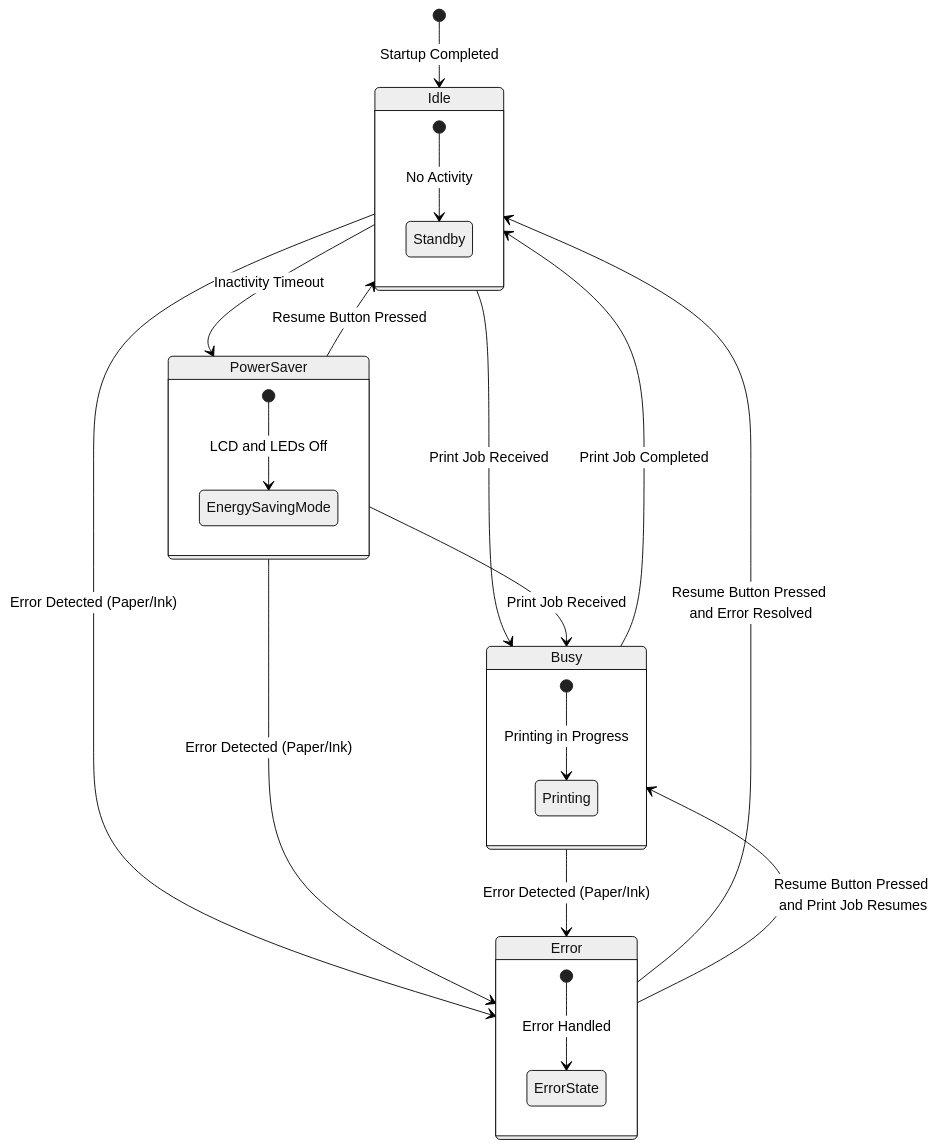
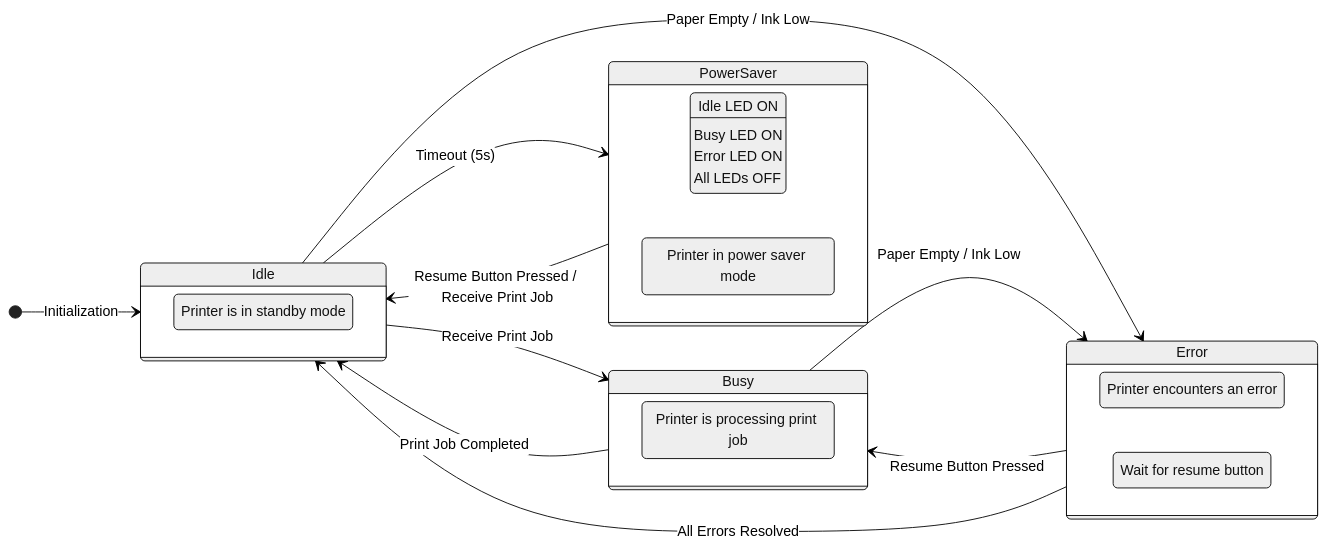
Before and after one commit to endangrusiana123/SistemTertanamLanjut: the diagram in Flowchart_FSM/FSM.mmd, drawn with Mermaid (neutral theme).

```diff
--- a/Flowchart_FSM/FSM.mmd
+++ b/Flowchart_FSM/FSM.mmd
@@ -1,28 +1,36 @@
 stateDiagram-v2
-    [*] --> Idle: Startup Completed
-    Idle --> PowerSaver: Inactivity Timeout
-    Idle --> Busy: Print Job Received
-    Idle --> Error: Error Detected (Paper/Ink)
+    direction LR
+    [*] --> Idle : Initialization
+    Idle --> Busy : Receive Print Job
+    Idle --> PowerSaver : Timeout (5s)
+    Idle --> Error : Paper Empty / Ink Low
 
-    PowerSaver --> Idle: Resume Button Pressed
-    PowerSaver --> Busy: Print Job Received
-    PowerSaver --> Error: Error Detected (Paper/Ink)
+    Busy --> Error : Paper Empty / Ink Low
+    Busy --> Idle : Print Job Completed
 
-    Busy --> Idle: Print Job Completed
-    Busy --> Error: Error Detected (Paper/Ink)
+    Error --> Busy : Resume Button Pressed
+    Error --> Idle : All Errors Resolved
 
-    Error --> Idle: Resume Button Pressed and Error Resolved
-    Error --> Busy: Resume Button Pressed and Print Job Resumes
+    PowerSaver --> Idle : Resume Button Pressed / Receive Print Job
 
     state Idle {
-        [*] --> Standby: No Activity
+        direction LR
+        IDLE_STATE: Printer is in standby mode
+        LED: Idle LED ON
+    }
+    state Busy {
+        direction LR
+        BUSY_STATE: Printer is processing print job
+        LED: Busy LED ON
+    }
+    state Error {
+        direction LR
+        ERROR_STATE: Printer encounters an error
+        LED: Error LED ON
+        Action: Wait for resume button
     }
     state PowerSaver {
-        [*] --> EnergySavingMode: LCD and LEDs Off
+        direction LR
+        POWER_SAVER_STATE: Printer in power saver mode
+        LED: All LEDs OFF
     }
-    state Busy {
-        [*] --> Printing: Printing in Progress
-    }
-    state Error {
-        [*] --> ErrorState: Error Handled
-    }
```
